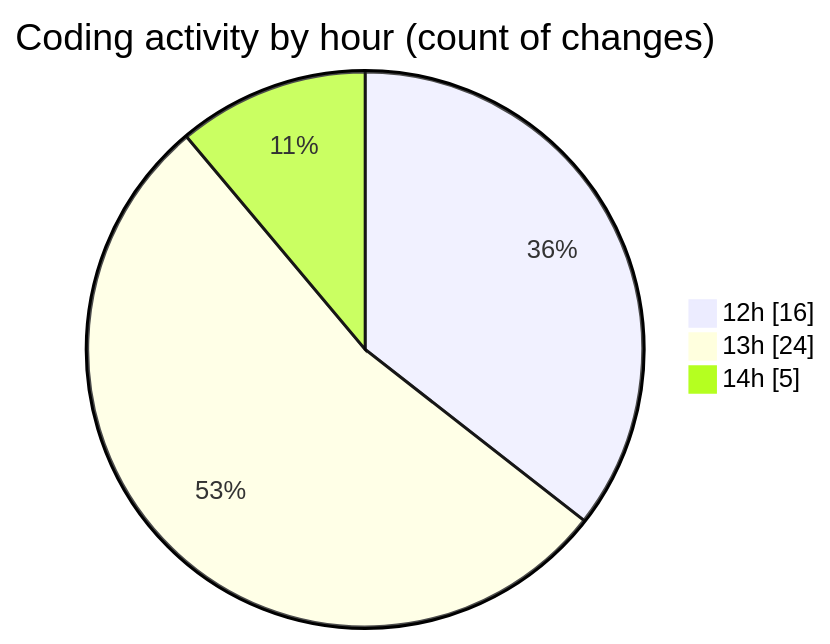
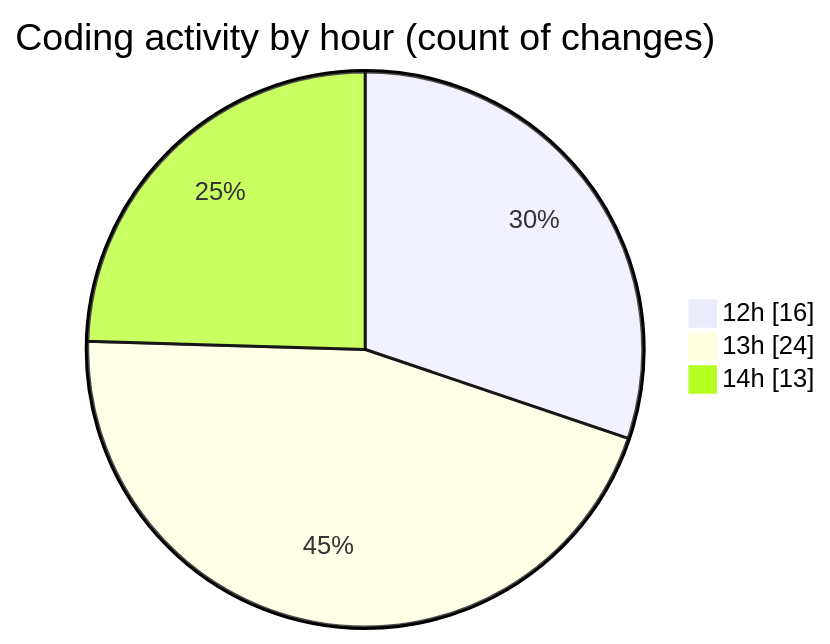
One commit to nxtqubesakshisongat/code-tracking changed the second of 2 diagrams in 2025-06-27/nxtqube_webapp/README.md. Above: the diagram before and after it, drawn with Mermaid. The commit also changed other lines of this file and 1 other file, not shown here.

````diff
--- a/2025-06-27/nxtqube_webapp/README.md
+++ b/2025-06-27/nxtqube_webapp/README.md
@@ -32,7 +32,7 @@
 ```mermaid
 pie showData
 title Coding activity by hour (count of changes)
 "12h" : 16
 "13h" : 24
-"14h" : 5
+"14h" : 13
 ```
````
